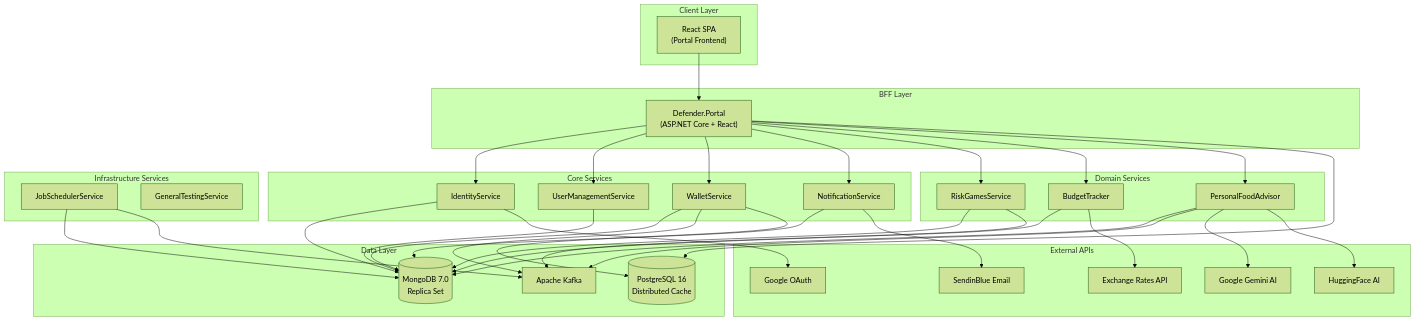
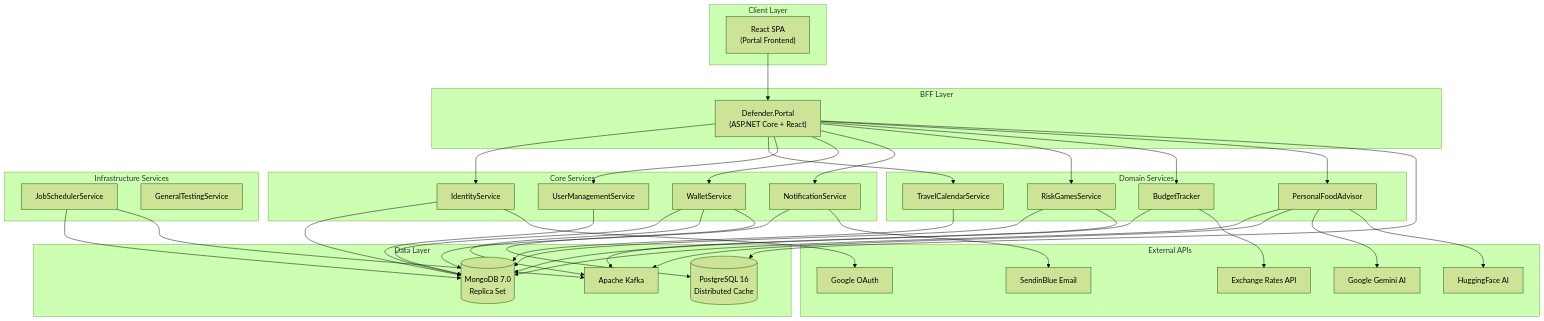
The first of 5 diagrams in docs/PROJECT-OVERVIEW.md (SelDanilEv/Defender.MonoRepo), drawn with Mermaid (forest theme) before and after one commit. The commit also changed other lines of this file and 34 other files, not shown here.

````diff
--- a/docs/PROJECT-OVERVIEW.md
+++ b/docs/PROJECT-OVERVIEW.md
@@ -33,72 +33,75 @@
 ```mermaid
 graph TB
     subgraph clientLayer [Client Layer]
         SPA["React SPA<br/>(Portal Frontend)"]
     end
 
     subgraph bff [BFF Layer]
         Portal["Defender.Portal<br/>(ASP.NET Core + React)"]
     end
 
     subgraph coreServices [Core Services]
         Identity["IdentityService"]
         UserMgmt["UserManagementService"]
         Wallet["WalletService"]
         Notification["NotificationService"]
     end
 
     subgraph domainServices [Domain Services]
         RiskGames["RiskGamesService"]
         BudgetTracker["BudgetTracker"]
         FoodAdvisor["PersonalFoodAdvisor"]
+        TravelCalendar["TravelCalendarService"]
     end
 
     subgraph infra [Infrastructure Services]
         JobScheduler["JobSchedulerService"]
         GeneralTesting["GeneralTestingService"]
     end
 
     subgraph dataLayer [Data Layer]
         MongoDB[("MongoDB 7.0<br/>Replica Set")]
         Postgres[("PostgreSQL 16<br/>Distributed Cache")]
         Kafka["Apache Kafka"]
     end
 
     subgraph external [External APIs]
         Google["Google OAuth"]
         SendinBlue["SendinBlue Email"]
         Gemini["Google Gemini AI"]
         HuggingFace["HuggingFace AI"]
         ExchangeRates["Exchange Rates API"]
     end
 
     SPA --> Portal
     Portal --> Identity
+    Portal --> TravelCalendar
+    TravelCalendar --> MongoDB
     Portal --> UserMgmt
     Portal --> Wallet
     Portal --> Notification
     Portal --> RiskGames
     Portal --> BudgetTracker
     Portal --> FoodAdvisor
 
     Identity --> MongoDB
     UserMgmt --> MongoDB
     Wallet --> MongoDB
     Wallet --> Kafka
     Wallet --> Postgres
     Notification --> MongoDB
     RiskGames --> MongoDB
     RiskGames --> Kafka
     BudgetTracker --> MongoDB
     FoodAdvisor --> MongoDB
     FoodAdvisor --> Kafka
     JobScheduler --> MongoDB
     JobScheduler --> Kafka
     Portal --> Postgres
 
     Identity --> Google
     Notification --> SendinBlue
     FoodAdvisor --> Gemini
     FoodAdvisor --> HuggingFace
     BudgetTracker --> ExchangeRates
 ```
````
